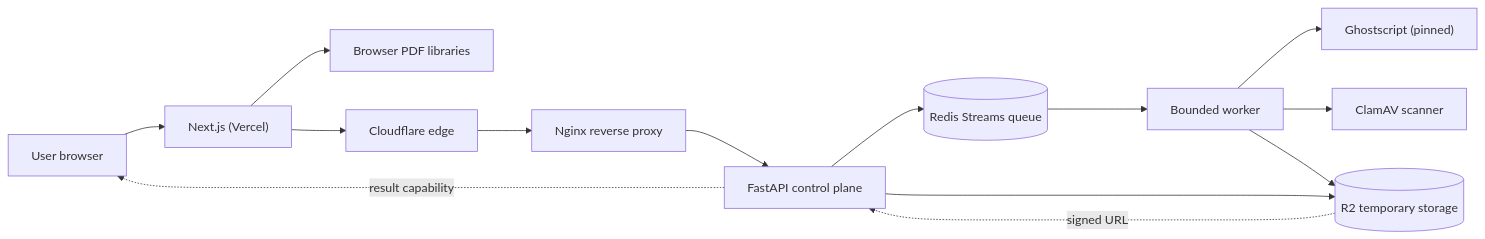
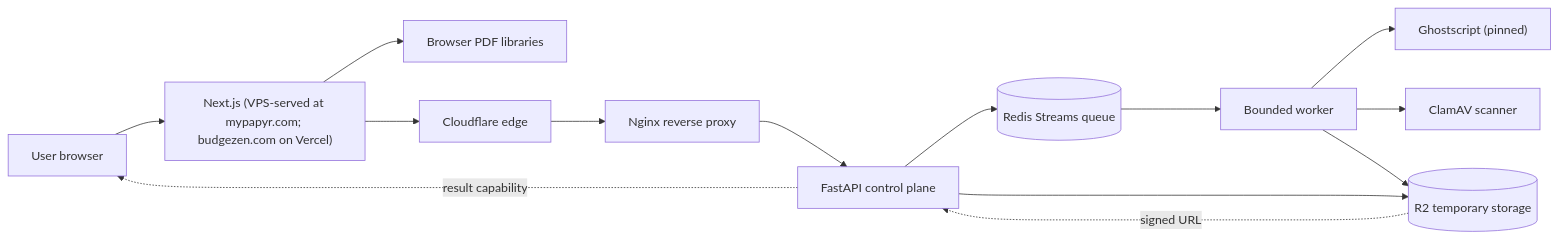
Before and after one commit to fazulfi/mypapyr: the diagram in docs/architecture.md, drawn with Mermaid. The commit also changed other lines of this file and 64 other files, not shown here.

````diff
--- a/docs/architecture.md
+++ b/docs/architecture.md
@@ -37,16 +37,16 @@
 ```mermaid
 flowchart LR
-    U["User browser"] --> W["Next.js (Vercel)"]
+    U["User browser"] --> W["Next.js (VPS-served at mypapyr.com; budgezen.com on Vercel)"]
     W --> B["Browser PDF libraries"]
     W --> E["Cloudflare edge"]
     E --> N["Nginx reverse proxy"]
     N --> A["FastAPI control plane"]
     A --> Q[("Redis Streams queue")]
     Q --> K["Bounded worker"]
     K --> G["Ghostscript (pinned)"]
     K --> C["ClamAV scanner"]
     K --> R2[("R2 temporary storage")]
     A --> R2
     R2 -.->|"signed URL"| A
     A -.->|"result capability"| U
 ```
````
